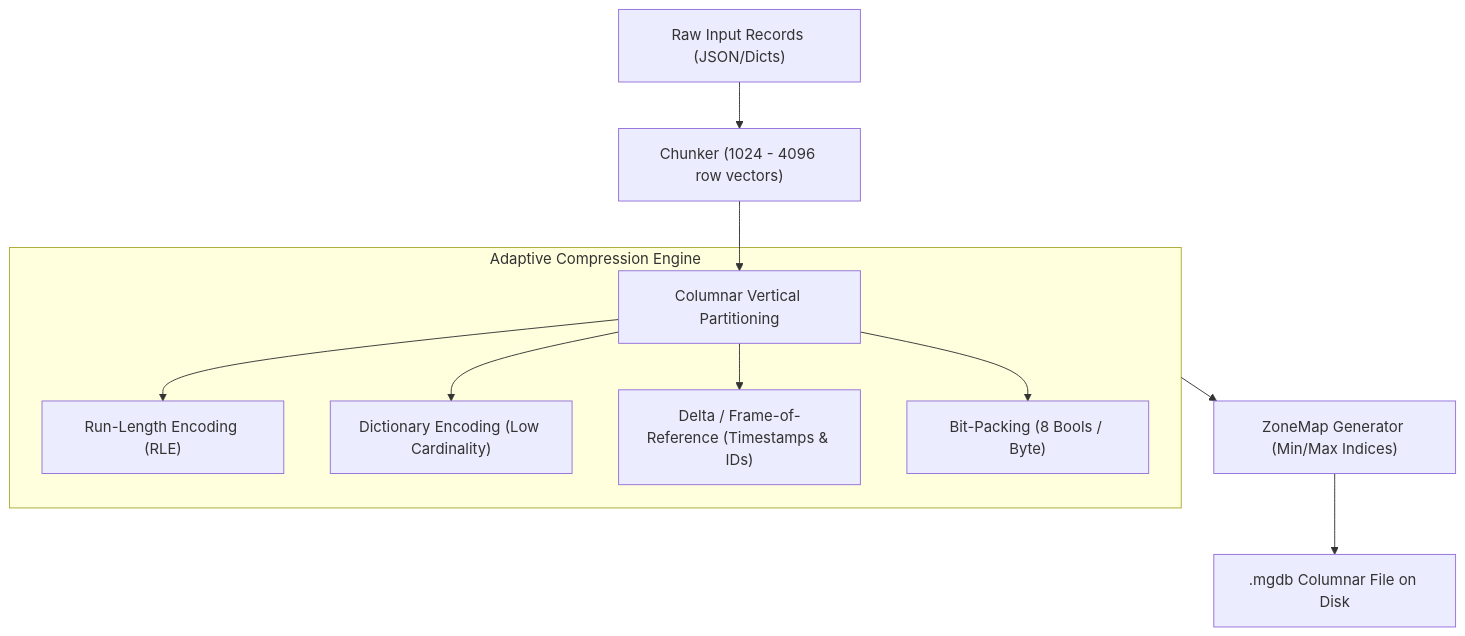
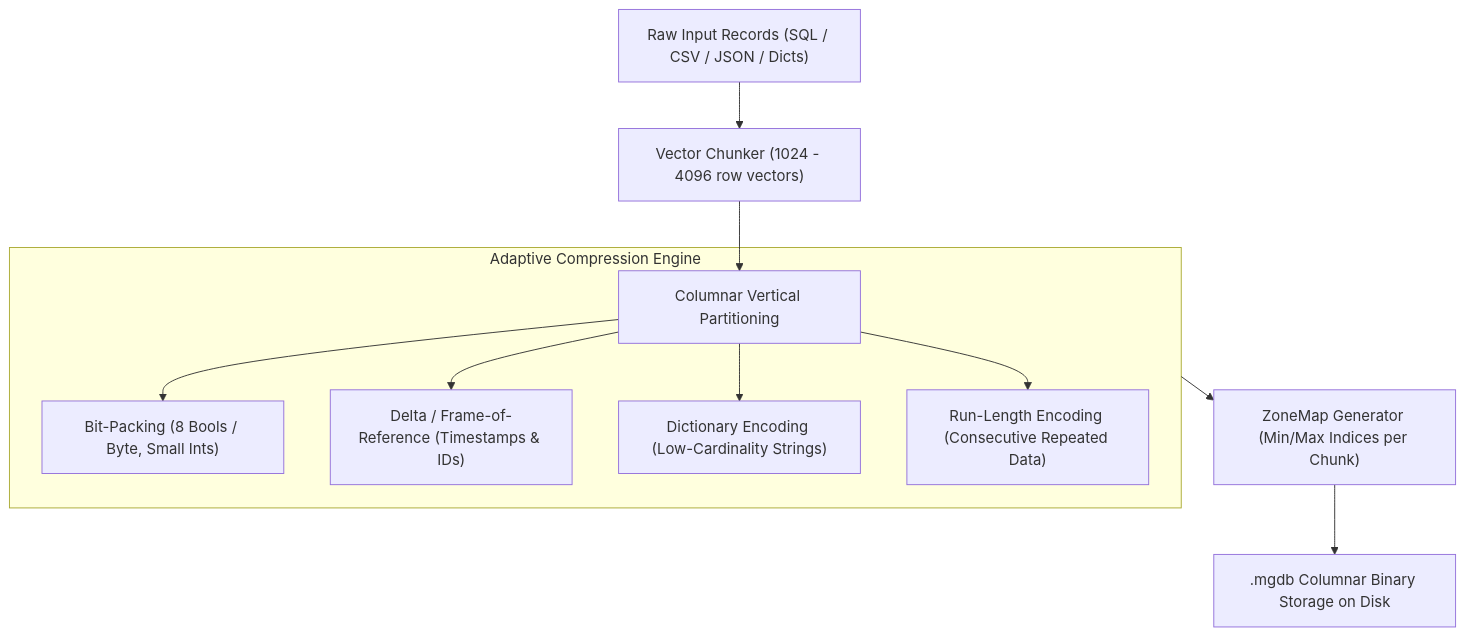
Before and after one commit to ugurturkerkebeci/MergenDB: the diagram in README.md, drawn with Mermaid. The commit also changed other lines of this file and 10 other files, not shown here.

````diff
--- a/README.md
+++ b/README.md
@@ -37,15 +42,15 @@
 ```mermaid
 flowchart TD
-    RawData["Raw Input Records (JSON/Dicts)"] --> Chunker["Chunker (1024 - 4096 row vectors)"]
+    RawData["Raw Input Records (SQL / CSV / JSON / Dicts)"] --> Chunker["Vector Chunker (1024 - 4096 row vectors)"]
     Chunker --> ColSlice["Columnar Vertical Partitioning"]
     
     subgraph CompressionEngine ["Adaptive Compression Engine"]
-        ColSlice --> RLE["Run-Length Encoding (RLE)"]
-        ColSlice --> Dict["Dictionary Encoding (Low Cardinality)"]
+        ColSlice --> BitPack["Bit-Packing (8 Bools / Byte, Small Ints)"]
         ColSlice --> Delta["Delta / Frame-of-Reference (Timestamps & IDs)"]
-        ColSlice --> BitPack["Bit-Packing (8 Bools / Byte)"]
+        ColSlice --> Dict["Dictionary Encoding (Low-Cardinality Strings)"]
+        ColSlice --> RLE["Run-Length Encoding (Consecutive Repeated Data)"]
     end
 
-    CompressionEngine --> ZoneMaps["ZoneMap Generator (Min/Max Indices)"]
-    ZoneMaps --> Disk[".mgdb Columnar File on Disk"]
+    CompressionEngine --> ZoneMaps["ZoneMap Generator (Min/Max Indices per Chunk)"]
+    ZoneMaps --> Disk[".mgdb Columnar Binary Storage on Disk"]
 ```
````
